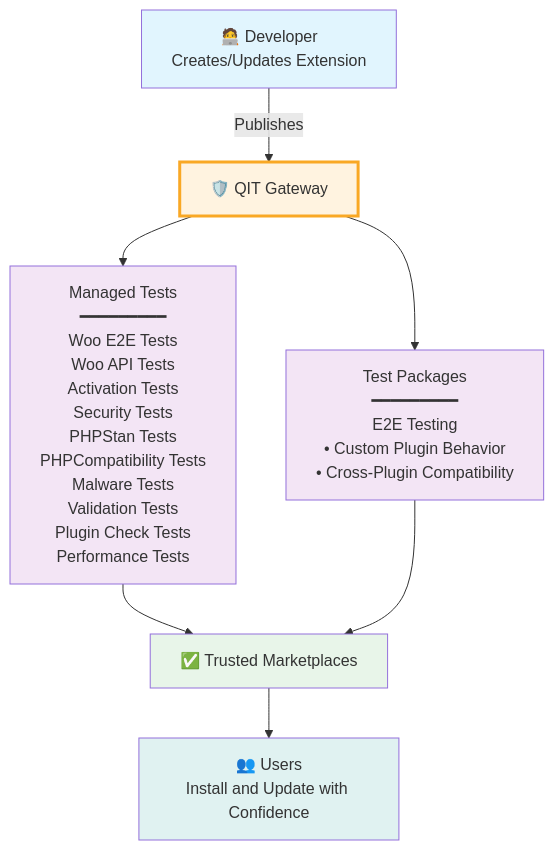
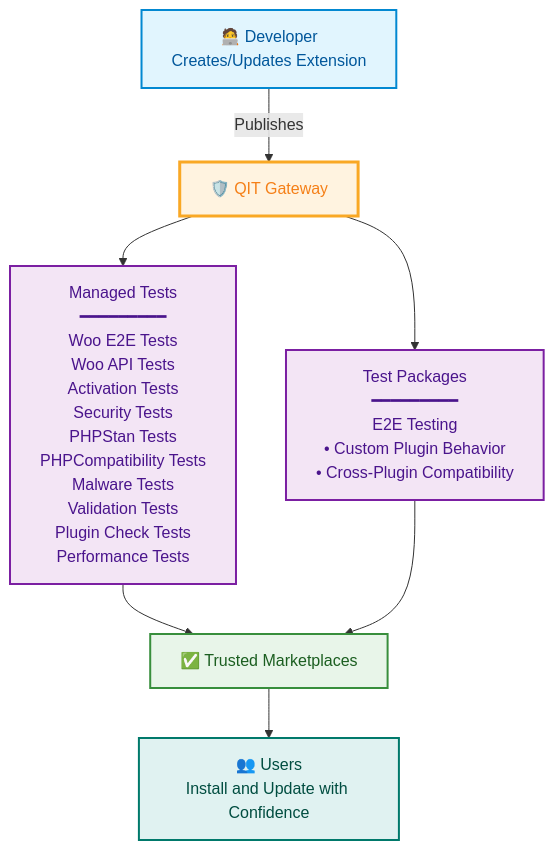
One commit to woocommerce/qit-documentation changed the diagram in docs/intro.md. Above: the diagram before and after it, drawn with Mermaid. The commit also changed 8 other files, not shown here.

````diff
--- a/docs/intro.md
+++ b/docs/intro.md
@@ -27,17 +27,22 @@
 ```mermaid
 graph TD
     Dev[🧑‍💻 Developer<br/>Creates/Updates Extension] 
     Dev -->|Publishes| Gate[🛡️ QIT Gateway]
     Gate --> MT[Managed Tests<br/>━━━━━━━━━<br/>Woo E2E Tests<br/>Woo API Tests<br/>Activation Tests<br/>Security Tests<br/>PHPStan Tests<br/>PHPCompatibility Tests<br/>Malware Tests<br/>Validation Tests<br/>Plugin Check Tests<br/>Performance Tests]
     Gate --> TP[Test Packages<br/>━━━━━━━━━<br/>E2E Testing<br/>• Custom Plugin Behavior<br/>• Cross-Plugin Compatibility]
     MT --> Market[✅ Trusted Marketplaces]
     TP --> Market
     Market --> Users[👥 Users<br/>Install and Update with Confidence]
     
-    style Dev fill:#e1f5fe
-    style Gate fill:#fff3e0,stroke:#f9a825,stroke-width:3px
-    style MT fill:#f3e5f5
-    style TP fill:#f3e5f5
-    style Market fill:#e8f5e9
-    style Users fill:#e0f2f1
+    classDef developer fill:#e1f5fe,stroke:#0288d1,stroke-width:2px,color:#01579b
+    classDef gateway fill:#fff3e0,stroke:#f9a825,stroke-width:3px,color:#f57f17
+    classDef tests fill:#f3e5f5,stroke:#7b1fa2,stroke-width:2px,color:#4a148c
+    classDef market fill:#e8f5e9,stroke:#388e3c,stroke-width:2px,color:#1b5e20
+    classDef users fill:#e0f2f1,stroke:#00796b,stroke-width:2px,color:#004d40
+    
+    class Dev developer
+    class Gate gateway
+    class MT,TP tests
+    class Market market
+    class Users users
 ```
````
